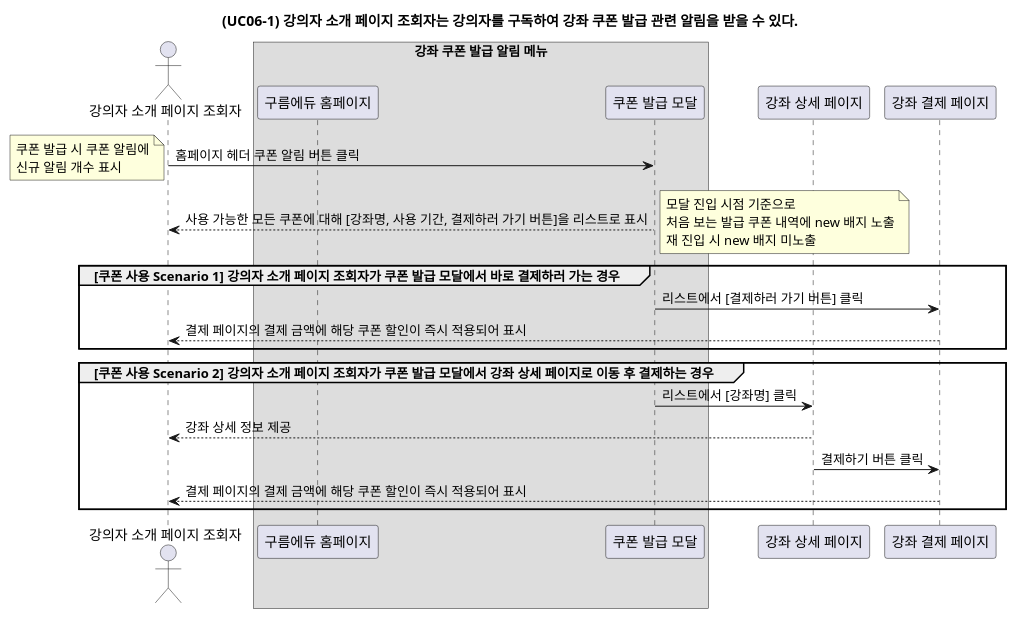
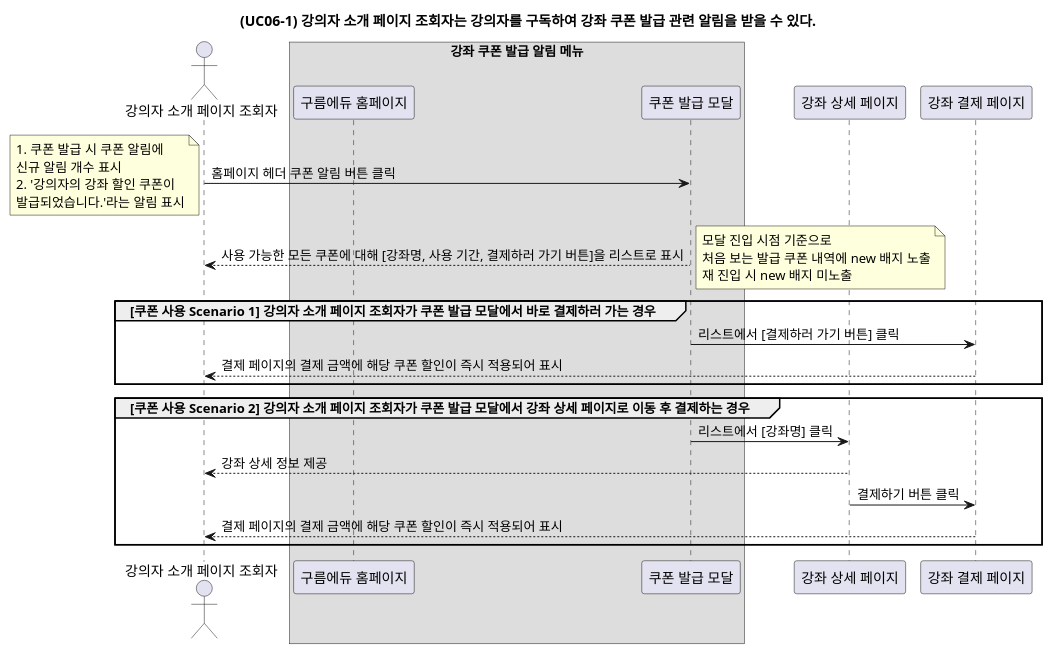
One commit to YoonsooOh/tech-study changed the diagram in 강의자소개페이지2차개발/UC06-1.puml. Above: the diagram before and after it, drawn with PlantUML. The commit also changed 2 other files, not shown here.

```diff
--- a/강의자소개페이지2차개발/UC06-1.puml
+++ b/강의자소개페이지2차개발/UC06-1.puml
@@ -1,39 +1,41 @@
 @startuml
 
 title (UC06-1) 강의자 소개 페이지 조회자는 강의자를 구독하여 강좌 쿠폰 발급 관련 알림을 받을 수 있다.
 actor "강의자 소개 페이지 조회자"
 
 box "강좌 쿠폰 발급 알림 메뉴"
 participant "구름에듀 홈페이지"
 participant "쿠폰 발급 모달"
 endbox
 participant "강좌 상세 페이지"
 participant "강좌 결제 페이지"
 
 "강의자 소개 페이지 조회자" -> "쿠폰 발급 모달" : 홈페이지 헤더 쿠폰 알림 버튼 클릭
 note bottom
-쿠폰 발급 시 쿠폰 알림에
+1. 쿠폰 발급 시 쿠폰 알림에
 신규 알림 개수 표시
+2. '강의자의 강좌 할인 쿠폰이
+발급되었습니다.'라는 알림 표시
 end note
 "쿠폰 발급 모달" --> "강의자 소개 페이지 조회자" : 사용 가능한 모든 쿠폰에 대해 [강좌명, 사용 기간, 결제하러 가기 버튼]을 리스트로 표시
 
 group [쿠폰 사용 Scenario 1] 강의자 소개 페이지 조회자가 쿠폰 발급 모달에서 바로 결제하러 가는 경우
 
 note right
 모달 진입 시점 기준으로
 처음 보는 발급 쿠폰 내역에 new 배지 노출
 재 진입 시 new 배지 미노출
 end note
 
 "쿠폰 발급 모달" -> "강좌 결제 페이지" : 리스트에서 [결제하러 가기 버튼] 클릭
 "강좌 결제 페이지" --> "강의자 소개 페이지 조회자" : 결제 페이지의 결제 금액에 해당 쿠폰 할인이 즉시 적용되어 표시
 end
 
 group [쿠폰 사용 Scenario 2] 강의자 소개 페이지 조회자가 쿠폰 발급 모달에서 강좌 상세 페이지로 이동 후 결제하는 경우
 "쿠폰 발급 모달" -> "강좌 상세 페이지" : 리스트에서 [강좌명] 클릭
 "강좌 상세 페이지" --> "강의자 소개 페이지 조회자" : 강좌 상세 정보 제공
 "강좌 상세 페이지" -> "강좌 결제 페이지" : 결제하기 버튼 클릭
 "강좌 결제 페이지" --> "강의자 소개 페이지 조회자" : 결제 페이지의 결제 금액에 해당 쿠폰 할인이 즉시 적용되어 표시
 end
 
 @enduml
```
